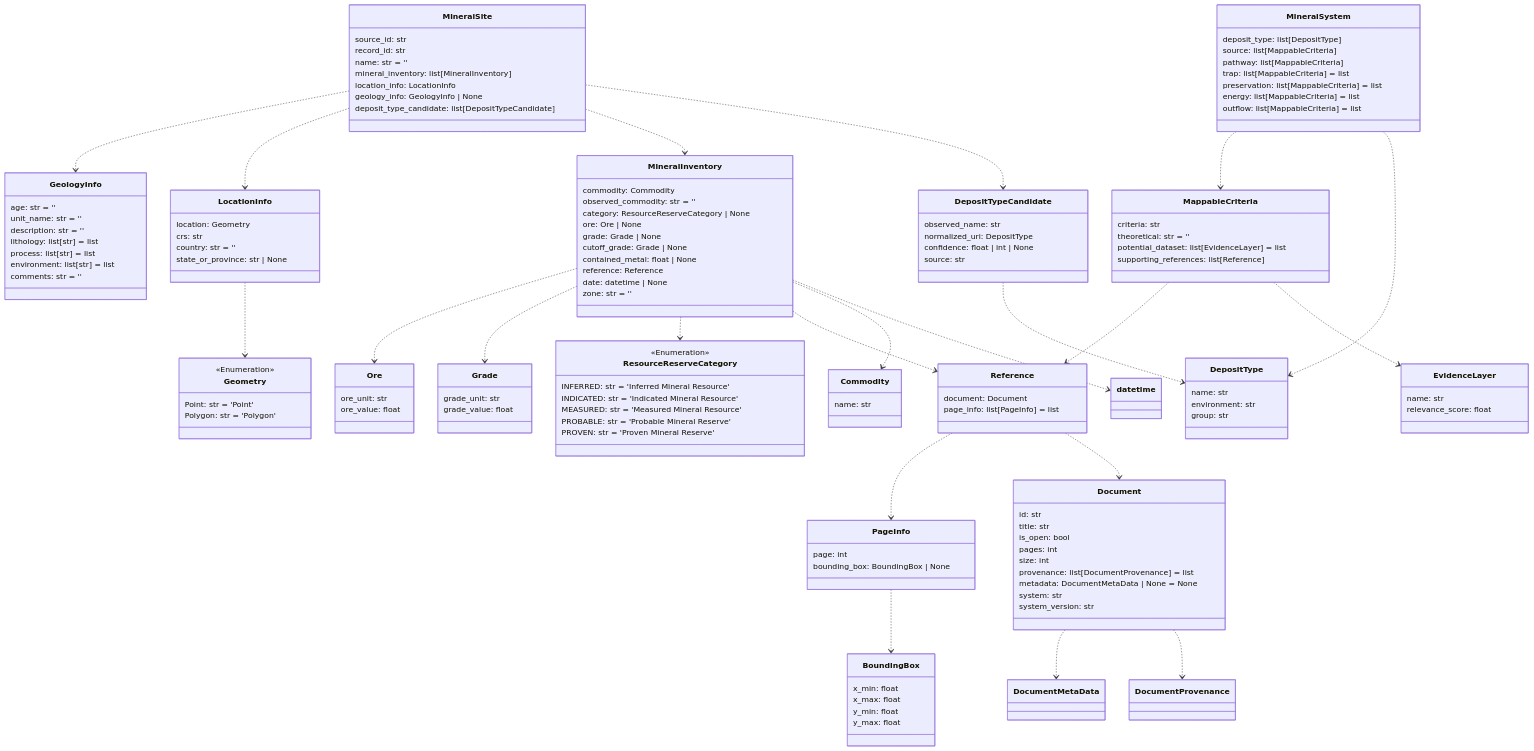
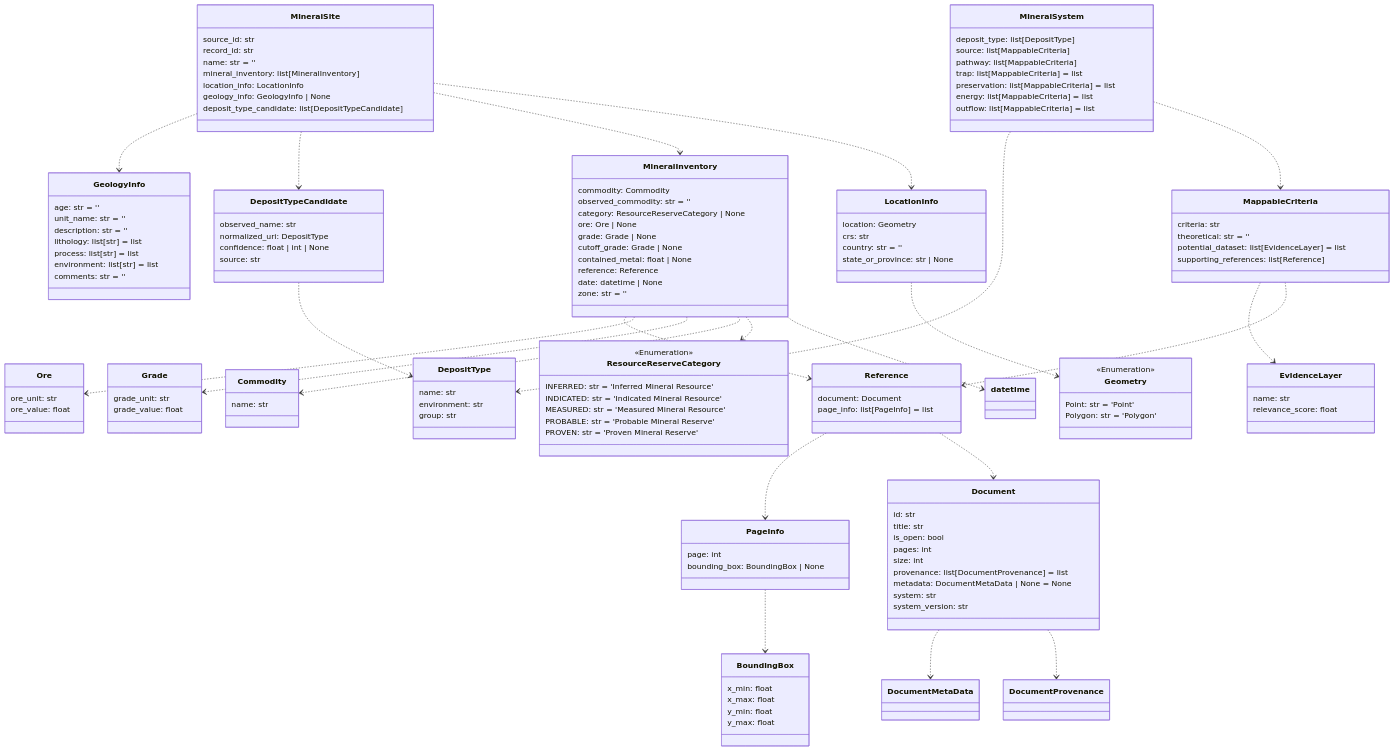
The tenth of 14 diagrams in README.md (DARPA-CRITICALMAAS/cdr_schemas), drawn with Mermaid before and after one commit. The commit also changed other lines of this file and 4 other files, not shown here.

````diff
--- a/README.md
+++ b/README.md
@@ -763,34 +765,9 @@
 ```mermaid
 classDiagram
 
-    class GeologyInfo {
-        age: str = ''
-        unit_name: str = ''
-        description: str = ''
-        lithology: list[str] = list
-        process: list[str] = list
-        environment: list[str] = list
-        comments: str = ''
-    }
-
-    class MineralSite {
-        source_id: str
-        record_id: str
-        name: str = ''
-        mineral_inventory: list[MineralInventory]
-        location_info: LocationInfo
-        geology_info: GeologyInfo | None
-        deposit_type_candidate: list[DepositTypeCandidate]
-    }
-
-    class Commodity {
-        name: str
-    }
-
-    class Geometry {
-        <<Enumeration>>
-        Point: str = 'Point'
-        Polygon: str = 'Polygon'
+    class PageInfo {
+        page: int
+        bounding_box: BoundingBox | None
     }
 
     class Document {
@@ -812,9 +789,24 @@
         state_or_province: str | None
     }
 
-    class PageInfo {
-        page: int
-        bounding_box: BoundingBox | None
+    class EvidenceLayer {
+        name: str
+        relevance_score: float
+    }
+
+    class Commodity {
+        name: str
+    }
+
+    class Geometry {
+        <<Enumeration>>
+        Point: str = 'Point'
+        Polygon: str = 'Polygon'
+    }
+
+    class Grade {
+        grade_unit: str
+        grade_value: float
     }
 
     class DepositTypeCandidate {
@@ -824,9 +816,16 @@
         source: str
     }
 
-    class Reference {
-        document: Document
-        page_info: list[PageInfo] = list
+    class Ore {
+        ore_unit: str
+        ore_value: float
+    }
+
+    class BoundingBox {
+        x_min: float
+        x_max: float
+        y_min: float
+        y_max: float
     }
 
     class MineralInventory {
@@ -842,48 +841,11 @@
         zone: str = ''
     }
 
-    class DepositType {
-        name: str
-        environment: str
-        group: str
-    }
-
-    class Ore {
-        ore_unit: str
-        ore_value: float
-    }
-
-    class EvidenceLayer {
-        name: str
-        relevance_score: float
-    }
-
-    class Grade {
-        grade_unit: str
-        grade_value: float
-    }
-
     class MappableCriteria {
         criteria: str
         theoretical: str = ''
         potential_dataset: list[EvidenceLayer] = list
         supporting_references: list[Reference]
-    }
-
-    class BoundingBox {
-        x_min: float
-        x_max: float
-        y_min: float
-        y_max: float
-    }
-
-    class ResourceReserveCategory {
-        <<Enumeration>>
-        INFERRED: str = 'Inferred Mineral Resource'
-        INDICATED: str = 'Indicated Mineral Resource'
-        MEASURED: str = 'Measured Mineral Resource'
-        PROBABLE: str = 'Probable Mineral Reserve'
-        PROVEN: str = 'Proven Mineral Reserve'
     }
 
     class MineralSystem {
@@ -896,27 +858,67 @@
         outflow: list[MappableCriteria] = list
     }
 
+    class GeologyInfo {
+        age: str = ''
+        unit_name: str = ''
+        description: str = ''
+        lithology: list[str] = list
+        process: list[str] = list
+        environment: list[str] = list
+        comments: str = ''
+    }
+
+    class DepositType {
+        name: str
+        environment: str
+        group: str
+    }
+
+    class MineralSite {
+        source_id: str
+        record_id: str
+        name: str = ''
+        mineral_inventory: list[MineralInventory]
+        location_info: LocationInfo
+        geology_info: GeologyInfo | None
+        deposit_type_candidate: list[DepositTypeCandidate]
+    }
+
+    class Reference {
+        document: Document
+        page_info: list[PageInfo] = list
+    }
+
+    class ResourceReserveCategory {
+        <<Enumeration>>
+        INFERRED: str = 'Inferred Mineral Resource'
+        INDICATED: str = 'Indicated Mineral Resource'
+        MEASURED: str = 'Measured Mineral Resource'
+        PROBABLE: str = 'Probable Mineral Reserve'
+        PROVEN: str = 'Proven Mineral Reserve'
+    }
+
     Document ..> DocumentMetaData
     Document ..> DocumentProvenance
     DepositTypeCandidate ..> DepositType
     PageInfo ..> BoundingBox
     Reference ..> PageInfo
     Reference ..> Document
+    MappableCriteria ..> EvidenceLayer
     MappableCriteria ..> Reference
-    MappableCriteria ..> EvidenceLayer
+    MineralSystem ..> DepositType
     MineralSystem ..> MappableCriteria
-    MineralSystem ..> DepositType
+    MineralInventory ..> Reference
     MineralInventory ..> Ore
     MineralInventory ..> Grade
+    MineralInventory ..> Commodity
     MineralInventory ..> ResourceReserveCategory
-    MineralInventory ..> Reference
-    MineralInventory ..> Commodity
     MineralInventory ..> datetime
     LocationInfo ..> Geometry
     MineralSite ..> GeologyInfo
+    MineralSite ..> DepositTypeCandidate
+    MineralSite ..> MineralInventory
     MineralSite ..> LocationInfo
-    MineralSite ..> MineralInventory
-    MineralSite ..> DepositTypeCandidate
 
 
 ```
````
